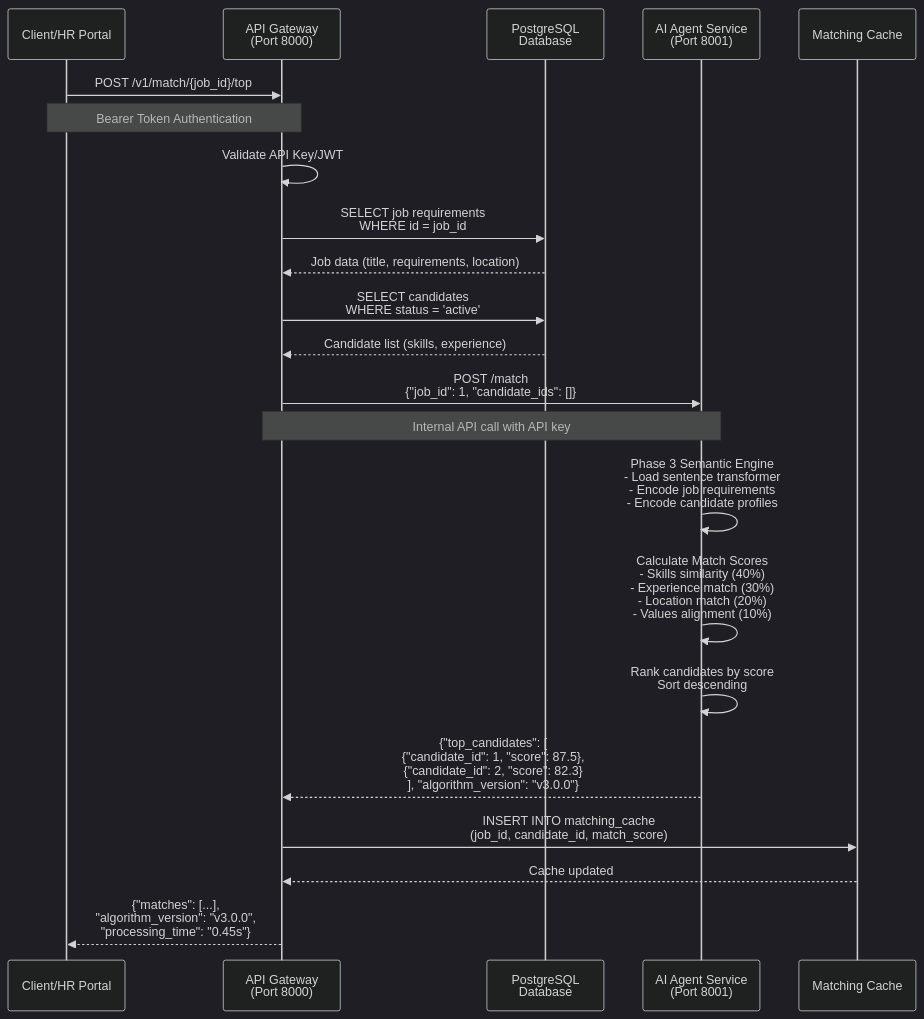
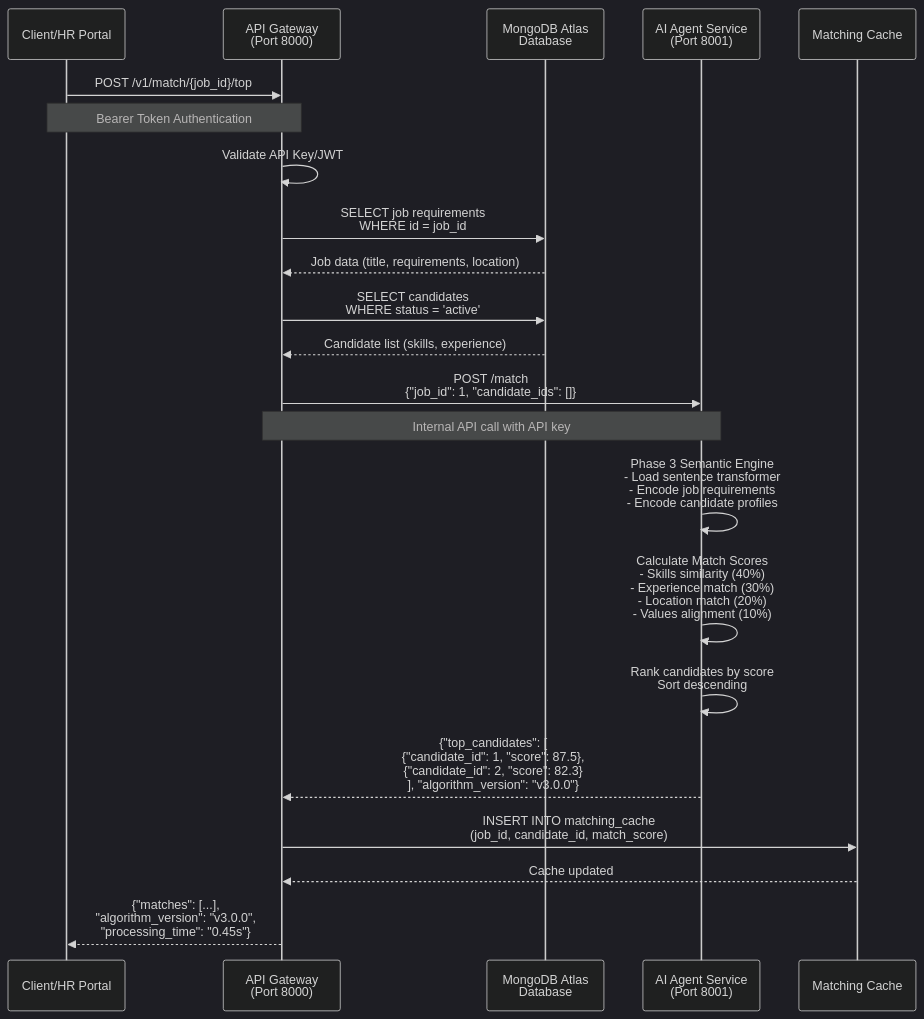
The first of 5 diagrams in backend/handover/integration_maps/INTEGRATION_MAPS.md (Shashank-0208/INFIVERSE-HR-PLATFORM), drawn with Mermaid (dark theme) before and after one commit. The commit also changed other lines of this file and 1 other file, not shown here.

````diff
--- a/backend/handover/integration_maps/INTEGRATION_MAPS.md
+++ b/backend/handover/integration_maps/INTEGRATION_MAPS.md
@@ -27,34 +27,34 @@
 ```mermaid
 sequenceDiagram
     participant Client as Client/HR Portal
     participant Gateway as API Gateway<br/>(Port 8000)
-    participant DB as PostgreSQL<br/>Database
+    participant DB as MongoDB Atlas<br/>Database
     participant Agent as AI Agent Service<br/>(Port 8001)
     participant Cache as Matching Cache
 
     Client->>Gateway: POST /v1/match/{job_id}/top
     Note over Client,Gateway: Bearer Token Authentication
     
     Gateway->>Gateway: Validate API Key/JWT
     Gateway->>DB: SELECT job requirements<br/>WHERE id = job_id
     DB-->>Gateway: Job data (title, requirements, location)
     
     Gateway->>DB: SELECT candidates<br/>WHERE status = 'active'
     DB-->>Gateway: Candidate list (skills, experience)
     
     Gateway->>Agent: POST /match<br/>{"job_id": 1, "candidate_ids": []}
     Note over Gateway,Agent: Internal API call with API key
     
     Agent->>Agent: Phase 3 Semantic Engine<br/>- Load sentence transformer<br/>- Encode job requirements<br/>- Encode candidate profiles
     
     Agent->>Agent: Calculate Match Scores<br/>- Skills similarity (40%)<br/>- Experience match (30%)<br/>- Location match (20%)<br/>- Values alignment (10%)
     
     Agent->>Agent: Rank candidates by score<br/>Sort descending
     
     Agent-->>Gateway: {"top_candidates": [<br/>  {"candidate_id": 1, "score": 87.5},<br/>  {"candidate_id": 2, "score": 82.3}<br/>], "algorithm_version": "v3.0.0"}
     
     Gateway->>Cache: INSERT INTO matching_cache<br/>(job_id, candidate_id, match_score)
     Cache-->>Gateway: Cache updated
     
     Gateway-->>Client: {"matches": [...],<br/>"algorithm_version": "v3.0.0",<br/>"processing_time": "0.45s"}
 ```
````
